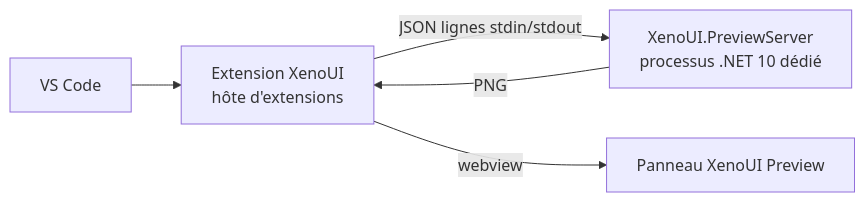
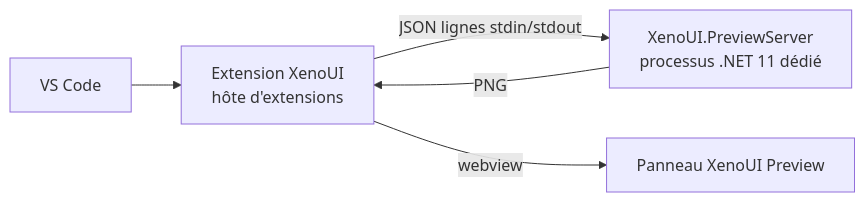
One commit to Eel2000/XenoUI.Docs changed the diagram in docs/fr/vscode.md. Above: the diagram before and after it, drawn with Mermaid. The commit also changed other lines of this file and 30 other files, not shown here.

````diff
--- a/docs/fr/vscode.md
+++ b/docs/fr/vscode.md
@@ -58,7 +58,7 @@
 ```mermaid
 flowchart LR
     Code[VS Code] --> Ext[Extension XenoUI<br/>hôte d'extensions]
-    Ext -- JSON lignes stdin/stdout --> Srv[XenoUI.PreviewServer<br/>processus .NET 10 dédié]
+    Ext -- JSON lignes stdin/stdout --> Srv[XenoUI.PreviewServer<br/>processus .NET 11 dédié]
     Srv -- PNG --> Ext
     Ext -- webview --> Panel[Panneau XenoUI Preview]
 ```
````
